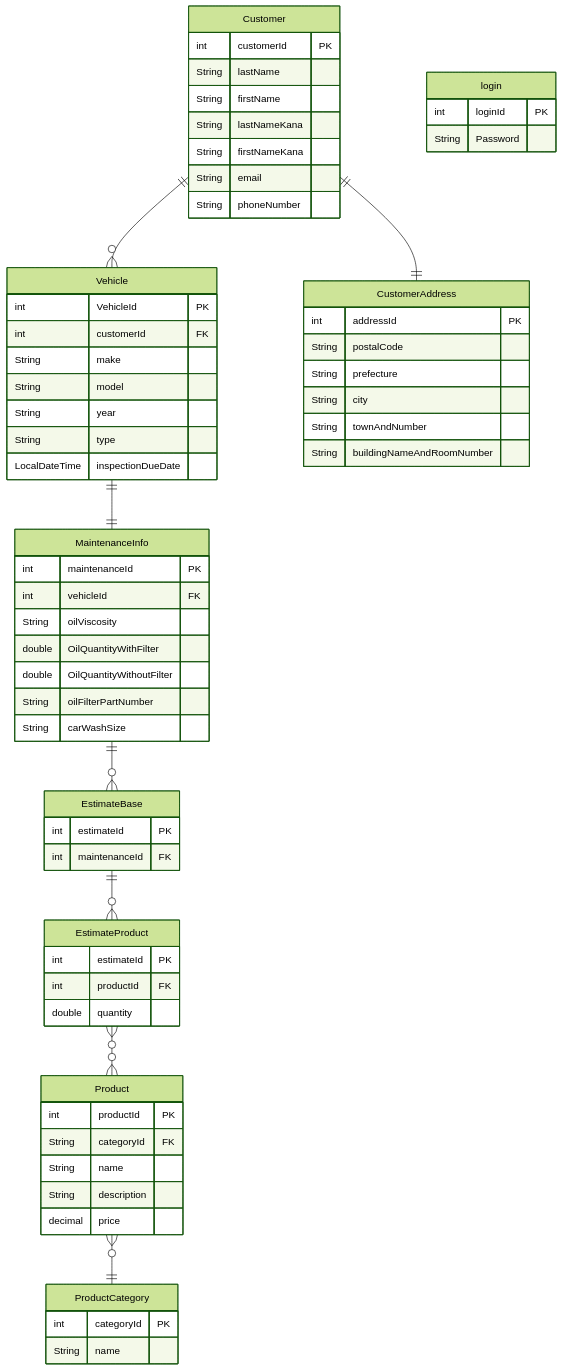
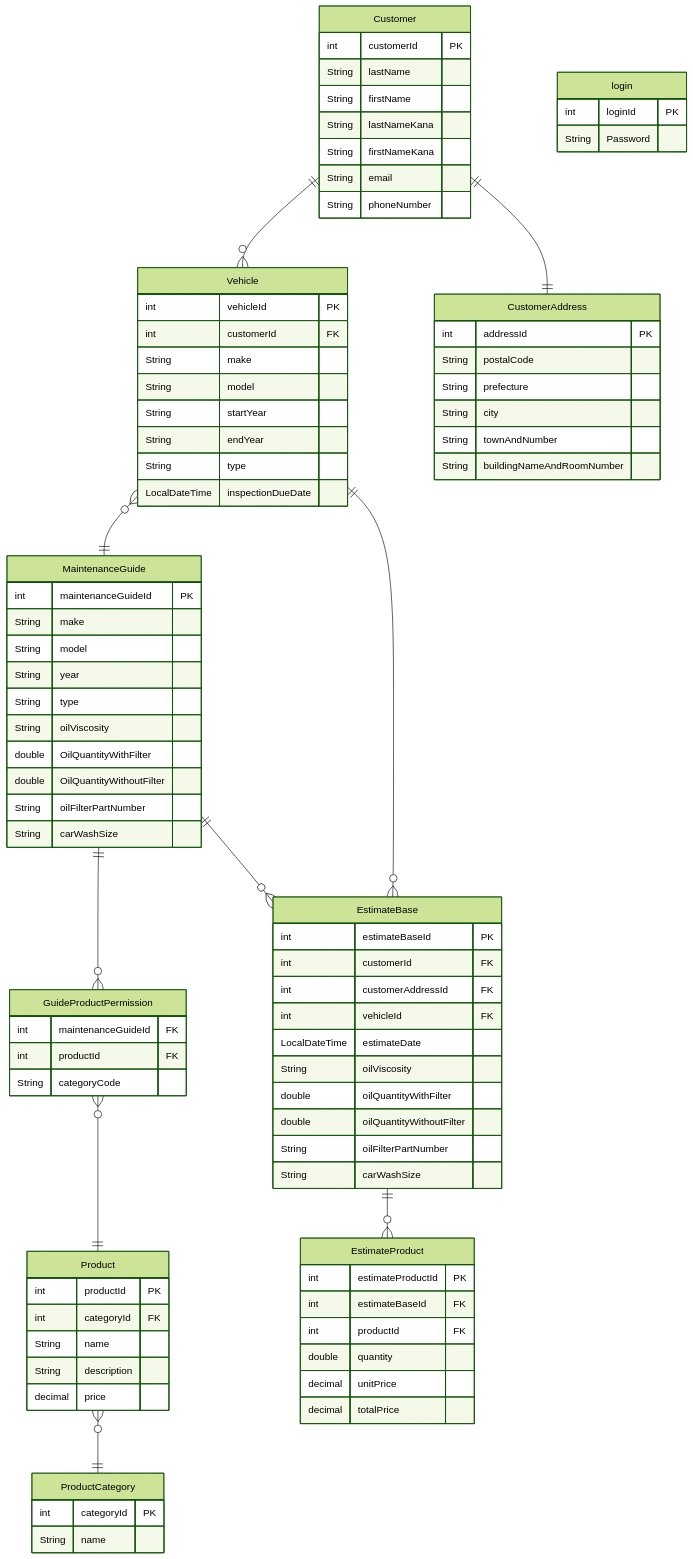
The second of 3 diagrams in README.md (u-1pena/vehicle_estimate), drawn with Mermaid before and after one commit. The commit also changed other lines of this file and 13 other files, not shown here.

```diff
--- a/README.md
+++ b/README.md
@@ -136,11 +135,13 @@
 erDiagram
     Customer ||--o{ Vehicle: ""
     Customer ||--|| CustomerAddress: ""
-    Vehicle ||--|| MaintenanceInfo: ""
+    Vehicle }o--|| MaintenanceGuide: ""
+    MaintenanceGuide ||--o{ GuideProductPermission: ""
+    GuideProductPermission }o--|| Product: ""
+    Vehicle ||--o{ EstimateBase: ""
+    MaintenanceGuide ||--o{ EstimateBase: ""
+    Product }o--|| ProductCategory: ""
     EstimateBase ||--o{ EstimateProduct: ""
-    MaintenanceInfo ||--o{ EstimateBase: ""
-    EstimateProduct }o--o{ Product: ""
-    Product }o--|| ProductCategory: ""
     login {
         int loginId PK
         String Password
@@ -164,35 +165,55 @@
     }
 
     Vehicle {
-        int VehicleId PK
+        int vehicleId PK
         int customerId FK
+        String make
+        String model
+        String startYear
+        String endYear
+        String type
+        LocalDateTime inspectionDueDate
+    }
+    MaintenanceGuide {
+        int maintenanceGuideId PK
         String make
         String model
         String year
         String type
-        LocalDateTime inspectionDueDate
-    }
-    MaintenanceInfo {
-        int maintenanceId PK
-        int vehicleId FK
         String oilViscosity
         double OilQuantityWithFilter
         double OilQuantityWithoutFilter
         String oilFilterPartNumber
         String carWashSize
     }
+    GuideProductPermission {
+        int maintenanceGuideId FK
+        int productId FK
+        String categoryCode
+    }
     EstimateBase {
-        int estimateId PK
-        int maintenanceId FK
+        int estimateBaseId PK
+        int customerId FK
+        int customerAddressId FK
+        int vehicleId FK
+        LocalDateTime estimateDate
+        String oilViscosity
+        double oilQuantityWithFilter
+        double oilQuantityWithoutFilter
+        String oilFilterPartNumber
+        String carWashSize
     }
     EstimateProduct {
-        int estimateId PK
+        int estimateProductId PK
+        int estimateBaseId FK
         int productId FK
         double quantity
+        decimal unitPrice
+        decimal totalPrice
     }
     Product {
         int productId PK
-        String categoryId FK
+        int categoryId FK
         String name
         String description
         decimal price
```
